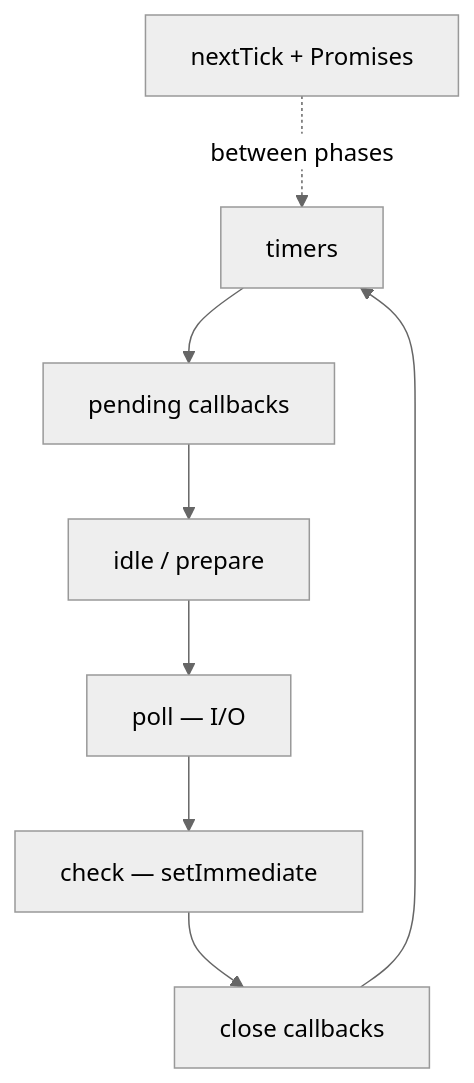
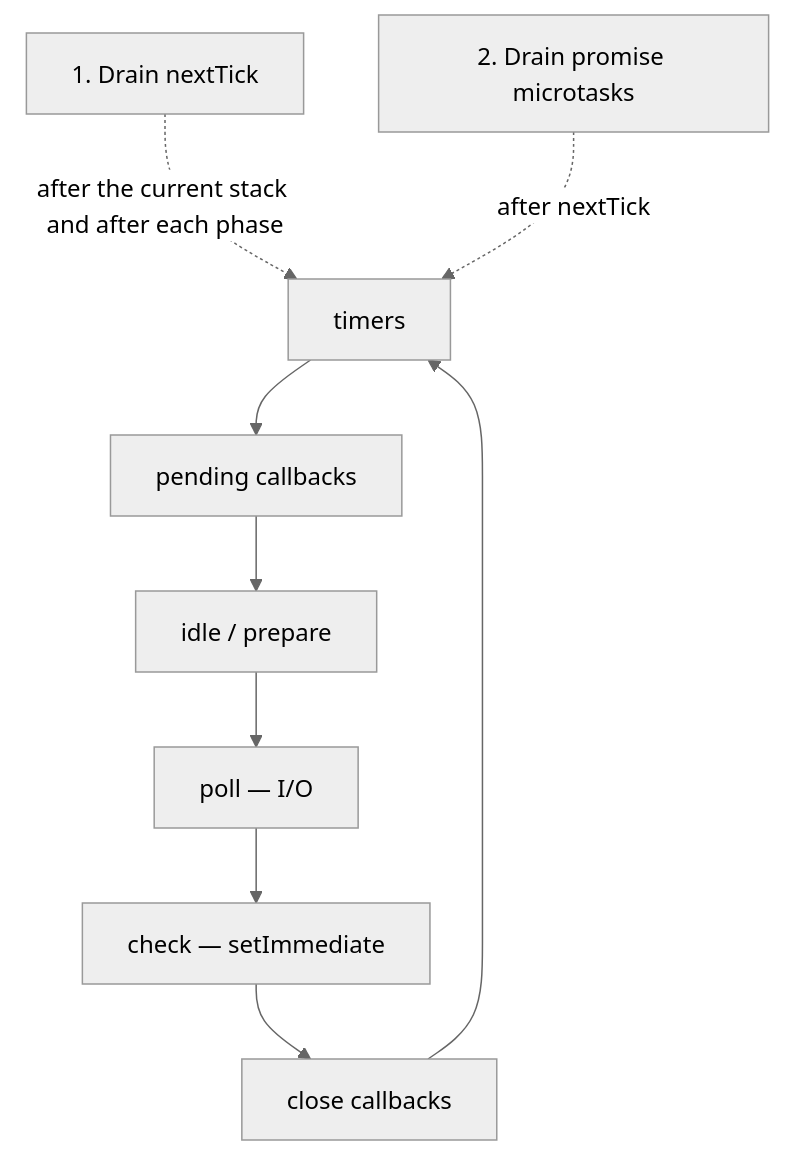
One commit to Pradeep-chandu/Interview-preparation changed diagram 12 of 21 in basics-js-node-flowcharts-2026.md. Above: the diagram before and after it, drawn with Mermaid (neutral theme). The commit also changed other lines of this file and 9 other files, not shown here.

````diff
--- a/basics-js-node-flowcharts-2026.md
+++ b/basics-js-node-flowcharts-2026.md
@@ -195,10 +199,11 @@
 ```mermaid
 flowchart TD
     A[timers] --> B[pending callbacks]
     B --> C[idle / prepare]
     C --> D[poll — I/O]
     D --> E[check — setImmediate]
     E --> F[close callbacks]
     F --> A
-    G[nextTick + Promises] -.->|between phases| A
+    G[1. Drain nextTick] -.->|after the current stack and after each phase| A
+    H[2. Drain promise microtasks] -.->|after nextTick| A
 ```
````
